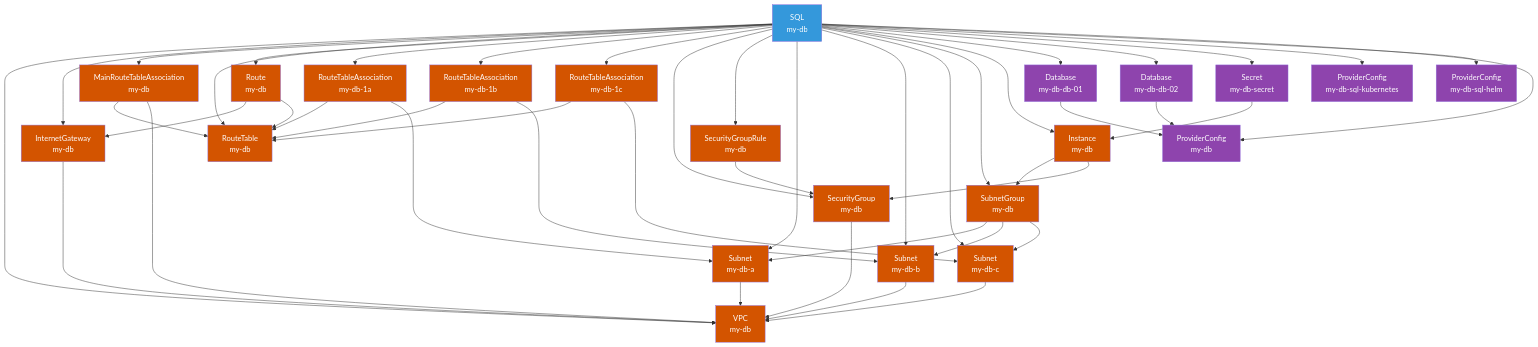
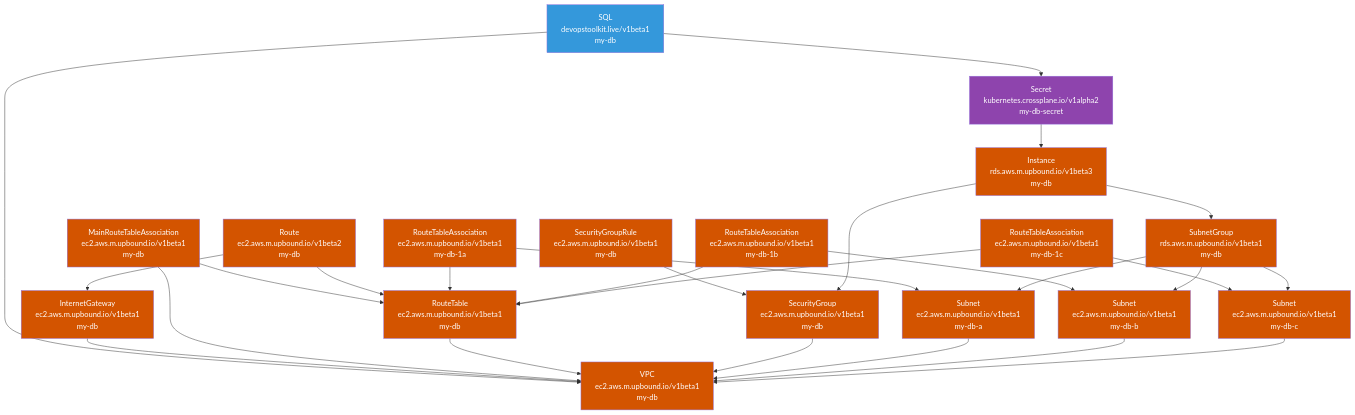
The diagram in examples/diag-aws.md (vfarcic/crossplane-sql), drawn with Mermaid before and after one commit. The commit also changed other lines of this file and 5 other files, not shown here.

Commit message:
Diagrams [skip ci]

````diff
--- a/examples/diag-aws.md
+++ b/examples/diag-aws.md
@@ -24,81 +23,61 @@
 ```mermaid
 flowchart TD
     classDef compositeResource fill:#3498db,color:white
     classDef awsResource fill:#D35400,color:white
     classDef otherResource fill:#8E44AD,color:white
 
-    SQL["SQL<br>my-db"]:::compositeResource
+    SQL["SQL<br>devopstoolkit.live/v1beta1<br>my-db"]:::compositeResource
 
     %% AWS Resources
-    VPC["VPC<br>my-db"]:::awsResource
-    Gateway["InternetGateway<br>my-db"]:::awsResource
-    MainRTA["MainRouteTableAssociation<br>my-db"]:::awsResource
-    RouteTable["RouteTable<br>my-db"]:::awsResource
-    Route["Route<br>my-db"]:::awsResource
-    RTA1["RouteTableAssociation<br>my-db-1a"]:::awsResource
-    RTA2["RouteTableAssociation<br>my-db-1b"]:::awsResource
-    RTA3["RouteTableAssociation<br>my-db-1c"]:::awsResource
-    SecurityGroup["SecurityGroup<br>my-db"]:::awsResource
-    SecurityGroupRule["SecurityGroupRule<br>my-db"]:::awsResource
-    SubnetA["Subnet<br>my-db-a"]:::awsResource
-    SubnetB["Subnet<br>my-db-b"]:::awsResource
-    SubnetC["Subnet<br>my-db-c"]:::awsResource
-    SubnetGroup["SubnetGroup<br>my-db"]:::awsResource
-    RDSInstance["Instance<br>my-db"]:::awsResource
+    VPC["VPC<br>ec2.aws.m.upbound.io/v1beta1<br>my-db"]:::awsResource
+    Gateway["InternetGateway<br>ec2.aws.m.upbound.io/v1beta1<br>my-db"]:::awsResource
+    MainRTA["MainRouteTableAssociation<br>ec2.aws.m.upbound.io/v1beta1<br>my-db"]:::awsResource
+    RouteTable["RouteTable<br>ec2.aws.m.upbound.io/v1beta1<br>my-db"]:::awsResource
+    Route["Route<br>ec2.aws.m.upbound.io/v1beta2<br>my-db"]:::awsResource
+    SecGroup["SecurityGroup<br>ec2.aws.m.upbound.io/v1beta1<br>my-db"]:::awsResource
+    SecGroupRule["SecurityGroupRule<br>ec2.aws.m.upbound.io/v1beta1<br>my-db"]:::awsResource
+    SubnetA["Subnet<br>ec2.aws.m.upbound.io/v1beta1<br>my-db-a"]:::awsResource
+    SubnetB["Subnet<br>ec2.aws.m.upbound.io/v1beta1<br>my-db-b"]:::awsResource
+    SubnetC["Subnet<br>ec2.aws.m.upbound.io/v1beta1<br>my-db-c"]:::awsResource
+    RTAA["RouteTableAssociation<br>ec2.aws.m.upbound.io/v1beta1<br>my-db-1a"]:::awsResource
+    RTAB["RouteTableAssociation<br>ec2.aws.m.upbound.io/v1beta1<br>my-db-1b"]:::awsResource
+    RTAC["RouteTableAssociation<br>ec2.aws.m.upbound.io/v1beta1<br>my-db-1c"]:::awsResource
+    SubnetGroup["SubnetGroup<br>rds.aws.m.upbound.io/v1beta1<br>my-db"]:::awsResource
+    RDSInstance["Instance<br>rds.aws.m.upbound.io/v1beta3<br>my-db"]:::awsResource
 
     %% Other Resources
-    Database1["Database<br>my-db-db-01"]:::otherResource
-    Database2["Database<br>my-db-db-02"]:::otherResource
-    Secret["Secret<br>my-db-secret"]:::otherResource
-    ProviderConfig1["ProviderConfig<br>my-db-sql-kubernetes"]:::otherResource
-    ProviderConfig2["ProviderConfig<br>my-db-sql-helm"]:::otherResource
-    SQLProviderConfig["ProviderConfig<br>my-db"]:::otherResource
+    Secret["Secret<br>kubernetes.crossplane.io/v1alpha2<br>my-db-secret"]:::otherResource
 
     %% Resource Relationships
     SQL --> VPC
-    SQL --> Gateway
-    SQL --> MainRTA
-    SQL --> RouteTable
-    SQL --> Route
-    SQL --> RTA1
-    SQL --> RTA2
-    SQL --> RTA3
-    SQL --> SecurityGroup
-    SQL --> SecurityGroupRule
-    SQL --> SubnetA
-    SQL --> SubnetB
-    SQL --> SubnetC
-    SQL --> SubnetGroup
-    SQL --> RDSInstance
-    SQL --> Database1
-    SQL --> Database2
     SQL --> Secret
-    SQL --> ProviderConfig1
-    SQL --> ProviderConfig2
-    SQL --> SQLProviderConfig
 
     Gateway --> VPC
     MainRTA --> RouteTable
     MainRTA --> VPC
+    RouteTable --> VPC
+    Route --> RouteTable
     Route --> Gateway
-    Route --> RouteTable
-    RTA1 --> RouteTable
-    RTA1 --> SubnetA
-    RTA2 --> RouteTable
-    RTA2 --> SubnetB
-    RTA3 --> RouteTable
-    RTA3 --> SubnetC
-    SecurityGroupRule --> SecurityGroup
-    SecurityGroup --> VPC
+    SecGroup --> VPC
+    SecGroupRule --> SecGroup
+
     SubnetA --> VPC
     SubnetB --> VPC
     SubnetC --> VPC
+
+    RTAA --> RouteTable
+    RTAA --> SubnetA
+    RTAB --> RouteTable
+    RTAB --> SubnetB
+    RTAC --> RouteTable
+    RTAC --> SubnetC
+
     SubnetGroup --> SubnetA
     SubnetGroup --> SubnetB
     SubnetGroup --> SubnetC
+
     RDSInstance --> SubnetGroup
-    RDSInstance --> SecurityGroup
-    Database1 --> SQLProviderConfig
-    Database2 --> SQLProviderConfig
+    RDSInstance --> SecGroup
+
     Secret --> RDSInstance
 ```
````
